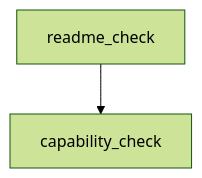
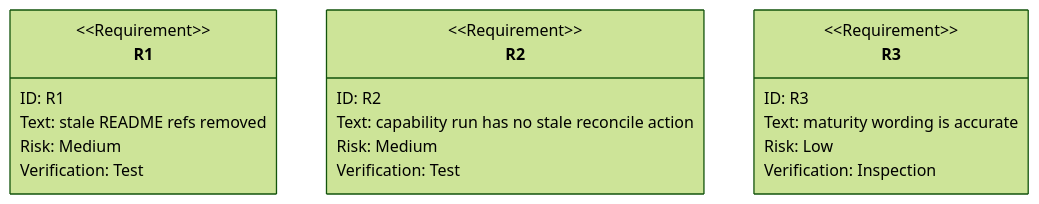
The second of 2 diagrams in .aw/tech-design/projects/jet/semantic/jet-wasm-complete-multi-target-readiness-phase-2-3.md (chrischeng-c4/axiom), drawn with Mermaid (forest theme) before and after one commit.

Commit message:
td(818) — applicability section: unit-test
Lifecycle-Slug: 818
Work-Item: 818
Lifecycle-Stage: Td-Applicability-Complete
Lifecycle-Phase: td_applicability_created
Lifecycle-Pass: applicability
TD-Section: unit-test
Previous-Phase: td_applicability_in_progress
Next-Phase: td_applicability_created
Next-Command: aw td create

````diff
--- a/.aw/tech-design/projects/jet/semantic/jet-wasm-complete-multi-target-readiness-phase-2-3.md
+++ b/.aw/tech-design/projects/jet/semantic/jet-wasm-complete-multi-target-readiness-phase-2-3.md
@@ -68,12 +68,37 @@
 ```mermaid
 ---
-id: jet-wasm-readiness-reconciliation-tests-placeholder
+id: jet-wasm-readiness-reconciliation-tests
 requirements:
   R1:
-    text: "README WASM rows reference real WI #818 instead of stale placeholders."
+    text: "README WASM rows reference real WI #818 instead of stale placeholders #3783, #4004, #4015, and #4072."
     risk: medium
     verify: command
+  R2:
+    text: "aw capability run for jet no longer asks to reconcile wasm-multi-target-readiness WI refs."
+    risk: medium
+    verify: command
+  R3:
+    text: "WASM readiness maturity wording matches the corrected real evidence paths and gates."
+    risk: low
+    verify: review
 ---
-flowchart TD
-    readme_check --> capability_check
+requirementDiagram
+requirement R1 {
+  id: R1
+  text: "stale README refs removed"
+  risk: Medium
+  verifymethod: Test
+}
+requirement R2 {
+  id: R2
+  text: "capability run has no stale reconcile action"
+  risk: Medium
+  verifymethod: Test
+}
+requirement R3 {
+  id: R3
+  text: "maturity wording is accurate"
+  risk: Low
+  verifymethod: Inspection
+}
 ```
````
